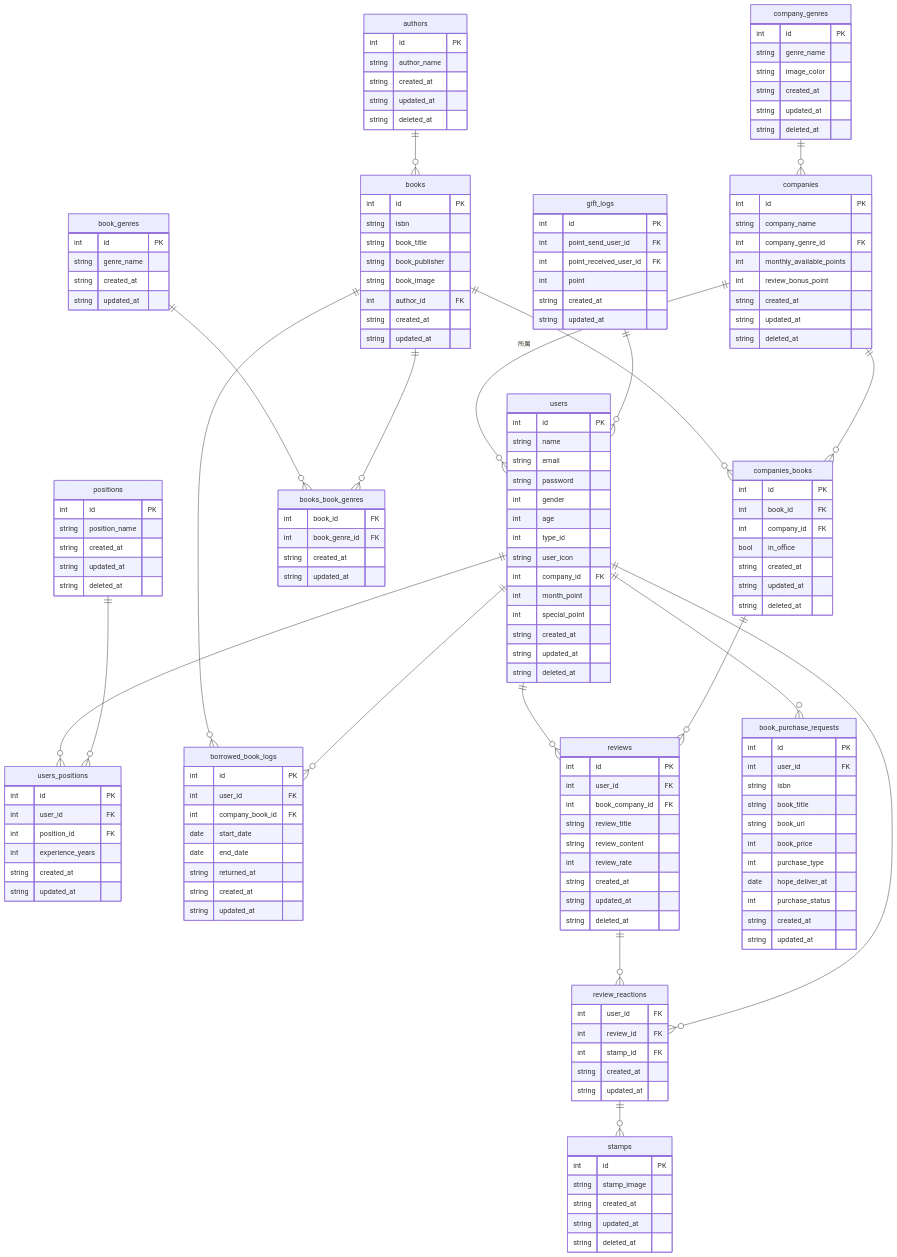
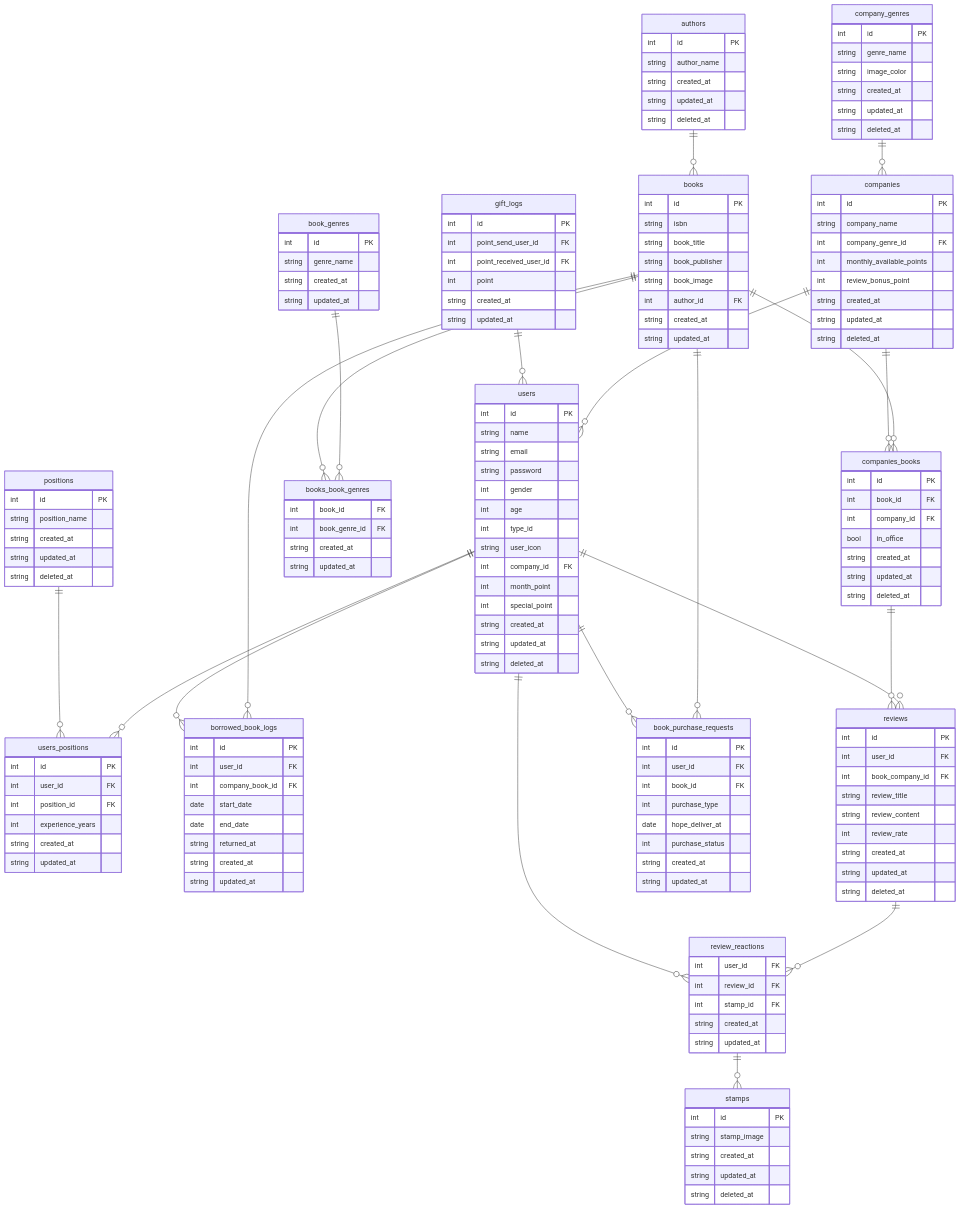
Before and after one commit to HashimotoShuhei-z/LibCone-backend: the diagram in README.md, drawn with Mermaid.

````diff
--- a/README.md
+++ b/README.md
@@ -233,10 +233,7 @@
 book_purchase_requests {
 	int id PK
 	int user_id FK
-	string isbn
-	string book_title 
-	string book_url
-	int book_price
+	int book_id FK
 	int purchase_type
 	date hope_deliver_at
 	int purchase_status
@@ -253,7 +250,7 @@
 	string updated_at 
 }
 
-companies ||--o{ users : "所属"
+companies ||--o{ users : ""
 company_genres ||--o{ companies : ""
 books ||--o{ companies_books : ""
 companies ||--o{ companies_books : ""
@@ -269,6 +266,7 @@
 reviews ||--o{ review_reactions : ""
 users ||--o{ review_reactions : ""
 review_reactions ||--o{ stamps : ""
+books ||--o{ book_purchase_requests : ""
 users ||--o{ book_purchase_requests : ""
 gift_logs ||--o{ users : ""
 ```
````
